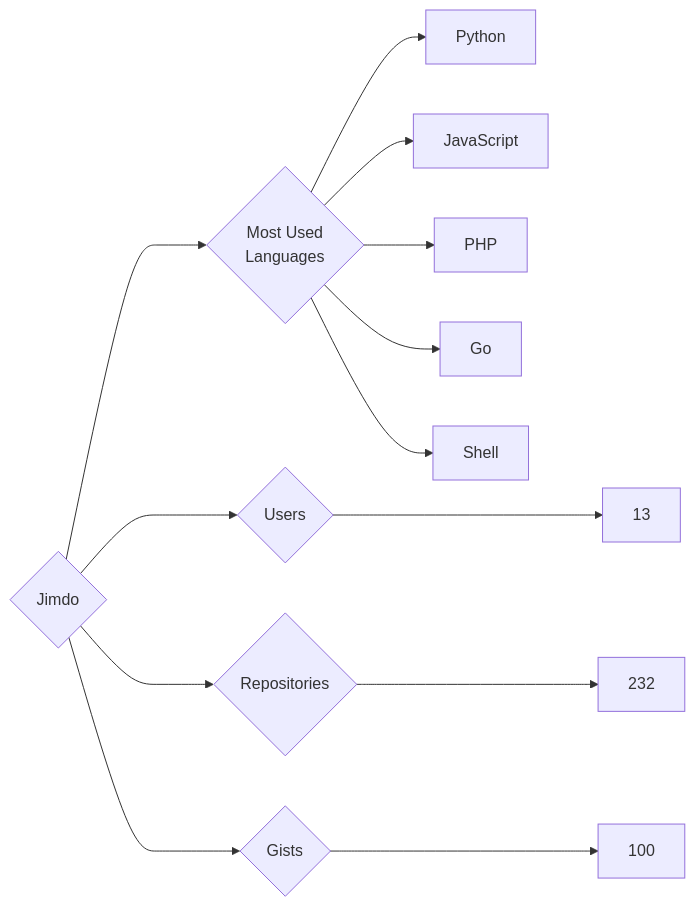
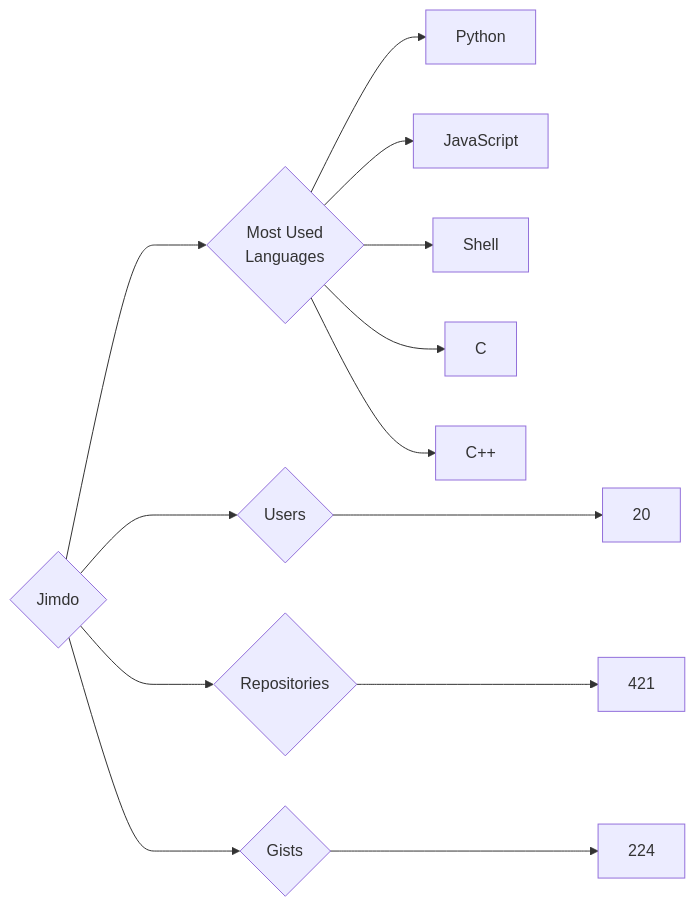
Before and after one commit to trickest/insiders: the diagram in targets/Jimdo/README.md, drawn with Mermaid. The commit also changed 861 other files, not shown here.

````diff
--- a/targets/Jimdo/README.md
+++ b/targets/Jimdo/README.md
@@ -3,13 +3,13 @@
 ```mermaid
 graph LR
 COMPANY_NAME{Jimdo}
-COMPANY_NAME ---> U{Users} ---> UN[13]
-COMPANY_NAME ---> R{Repositories} ---> RN[232]
-COMPANY_NAME ---> G{Gists} ---> GN[100]
+COMPANY_NAME ---> U{Users} ---> UN[20]
+COMPANY_NAME ---> R{Repositories} ---> RN[421]
+COMPANY_NAME ---> G{Gists} ---> GN[224]
 COMPANY_NAME ---> ML{Most Used<br>Languages}
 ML --> Python[Python]
 ML --> JavaScript[JavaScript]
-ML --> PHP[PHP]
-ML --> Go[Go]
 ML --> Shell[Shell]
+ML --> C[C]
+ML --> C++[C++]
 ```
````
